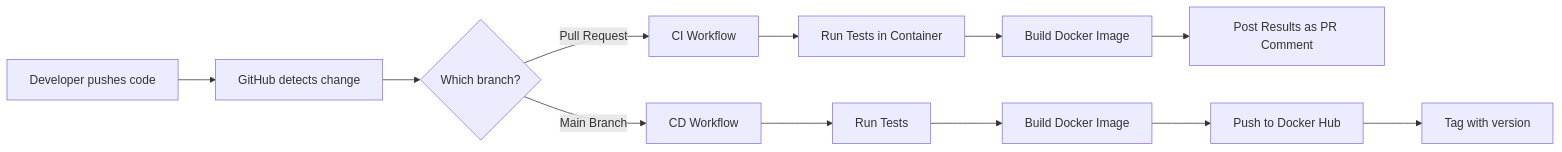
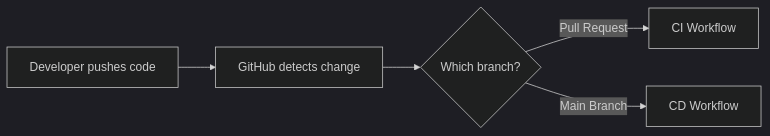
The first of 2 diagrams in README.md (cis1912-fa25/cicd-lab), drawn with Mermaid before and after one commit. The commit also changed other lines of this file and 2 other files, not shown here.

````diff
--- a/README.md
+++ b/README.md
@@ -44,16 +34,8 @@
 ```mermaid
+%%{init: {'theme':'dark'}}%%
 graph LR
     A[Developer pushes code] --> B[GitHub detects change]
     B --> C{Which branch?}
     C -->|Pull Request| D[CI Workflow]
     C -->|Main Branch| E[CD Workflow]
-
-    D --> D1[Run Tests in Container]
-    D1 --> D2[Build Docker Image]
-    D2 --> D3[Post Results as PR Comment]
-
-    E --> E1[Run Tests]
-    E1 --> E2[Build Docker Image]
-    E2 --> E3[Push to Docker Hub]
-    E3 --> E4[Tag with version]
 ```
````
